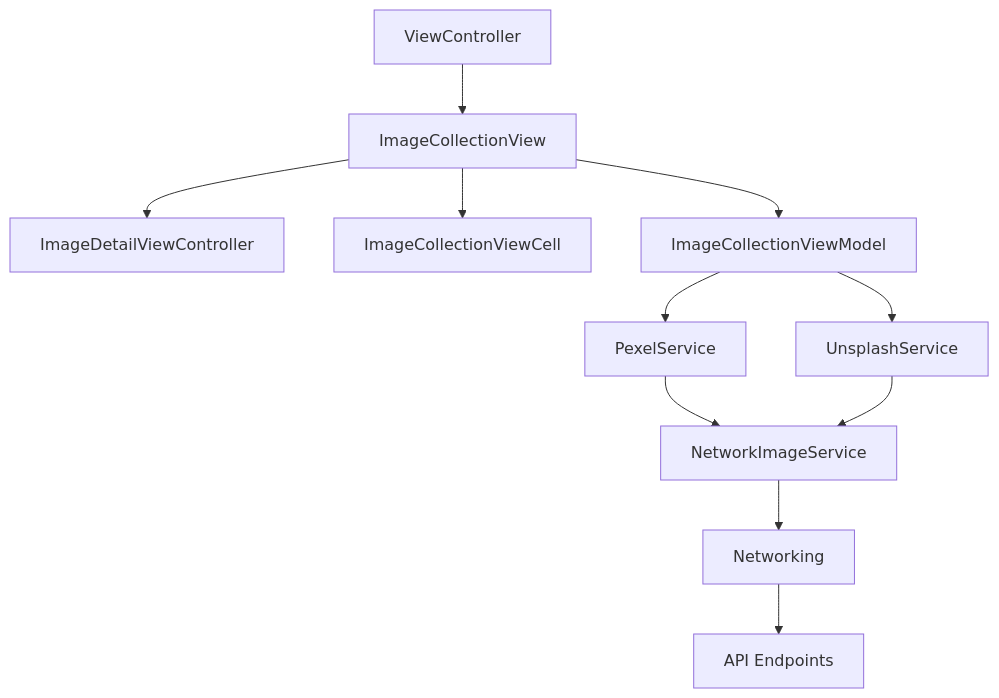
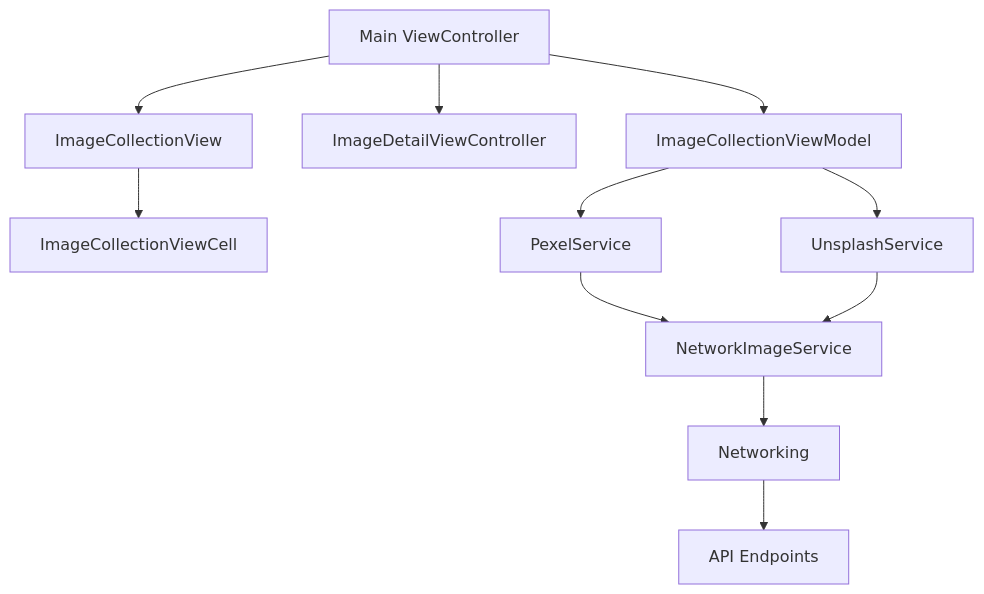
The diagram in README.md (zacdu/ImageCollection), drawn with Mermaid before and after one commit. The commit also changed other lines of this file, not shown here.

````diff
--- a/README.md
+++ b/README.md
@@ -5,14 +5,14 @@
 ```mermaid
 graph TD
-  A[ViewController] --> B[ImageCollectionView]
-  B --> C[ImageDetailViewController]
+  A[Main ViewController] --> B[ImageCollectionView]
+  A --> C[ImageDetailViewController]
   B --> D[ImageCollectionViewCell]
-  B --> E[ImageCollectionViewModel]
+  A --> E[ImageCollectionViewModel]
   E --> F[PexelService]
   E --> G[UnsplashService]
   F --> H[NetworkImageService]
   G --> H
   H --> I[Networking]
   I --> J[API Endpoints]
 
 ```
````
